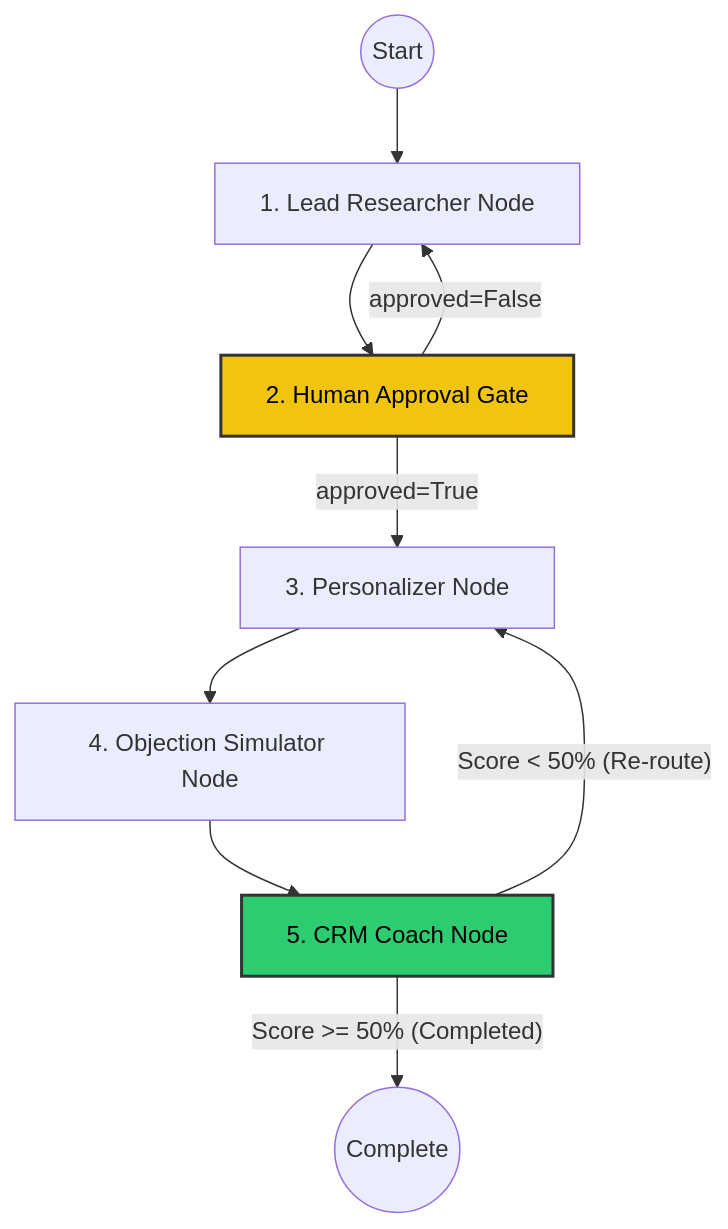
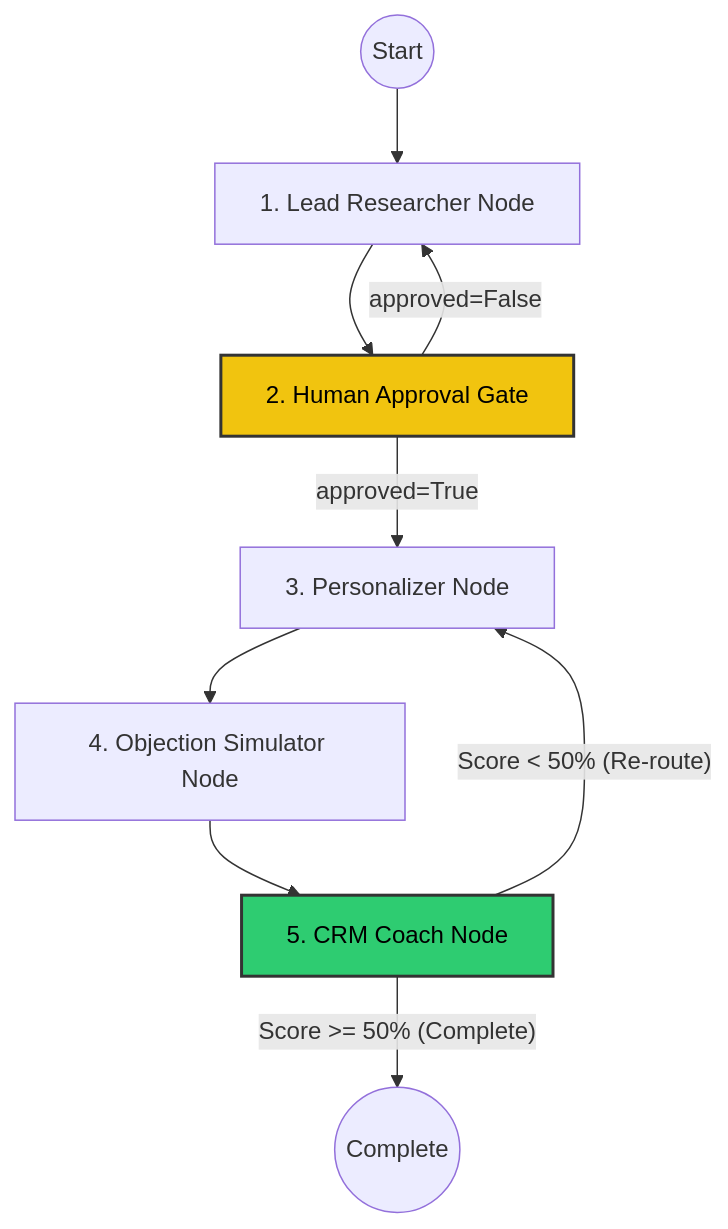
The diagram in case_study.md (AICODER009/Lead-Accelerator), drawn with Mermaid before and after one commit. The commit also changed other lines of this file, not shown here.

````diff
--- a/case_study.md
+++ b/case_study.md
@@ -68,14 +42,14 @@
 ```mermaid
 graph TD
     START((Start)) --> LR[1. Lead Researcher Node]
     LR --> HA[2. Human Approval Gate]
     HA -- "approved=False" --> LR
     HA -- "approved=True" --> P[3. Personalizer Node]
     P --> OS[4. Objection Simulator Node]
     OS --> CC[5. CRM Coach Node]
     CC -- "Score < 50% (Re-route)" --> P
-    CC -- "Score >= 50% (Completed)" --> END((Complete))
+    CC -- "Score >= 50% (Complete)" --> END((Complete))
 
     style HA fill:#f1c40f,stroke:#333,stroke-width:2px,color:#000
     style CC fill:#2ecc71,stroke:#333,stroke-width:2px,color:#000
 ```
````
